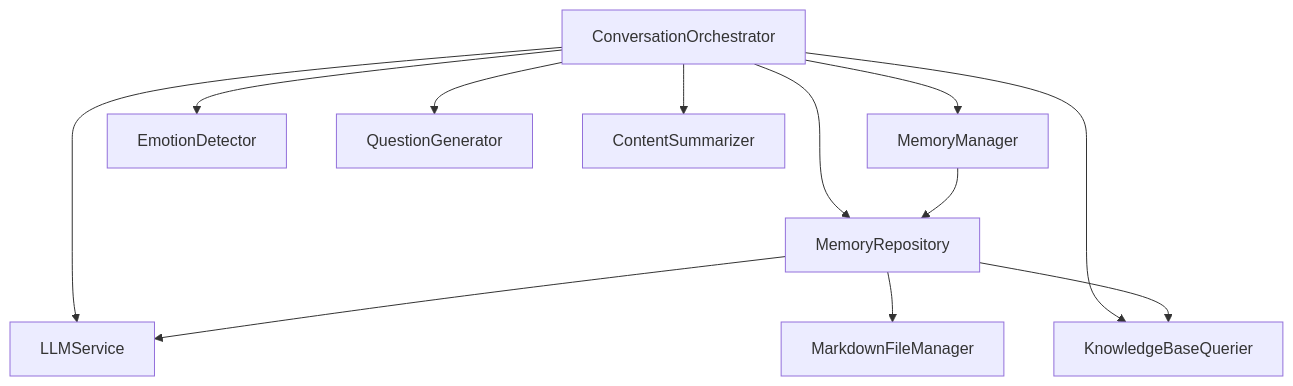
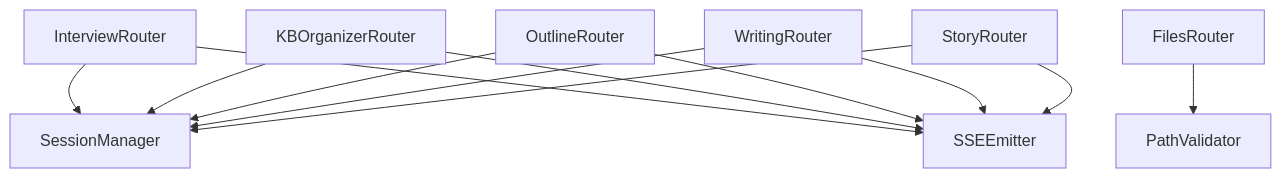
One commit to WangYiKai1017/zizuan changed the third of 3 diagrams in .qoder/repowiki/zh/content/API参考文档/API参考文档.md. Above: the diagram before and after it, drawn with Mermaid. The commit also changed other lines of this file and 99 other files, not shown here.

````diff
--- a/.qoder/repowiki/zh/content/API参考文档/API参考文档.md
+++ b/.qoder/repowiki/zh/content/API参考文档/API参考文档.md
@@ -462,14 +837,14 @@
 ```mermaid
 graph TB
-CO["ConversationOrchestrator"] --> LLM["LLMService"]
-CO --> MR["MemoryRepository"]
-CO --> MM["MemoryManager"]
-CO --> KQ["KnowledgeBaseQuerier"]
-CO --> ED["EmotionDetector"]
-CO --> QG["QuestionGenerator"]
-CO --> CS["ContentSummarizer"]
-MM --> MR
-MR --> FM["MarkdownFileManager"]
-MR --> KQ
-MR --> LLM
+INT["InterviewRouter"] --> SM["SessionManager"]
+KB["KBOrganizerRouter"] --> SM
+BO["OutlineRouter"] --> SM
+BW["WritingRouter"] --> SM
+ST["StoryRouter"] --> SM
+INT --> SE["SSEEmitter"]
+KB --> SE
+BO --> SE
+BW --> SE
+ST --> SE
+FI["FilesRouter"] --> PV["PathValidator"]
 ```
````
